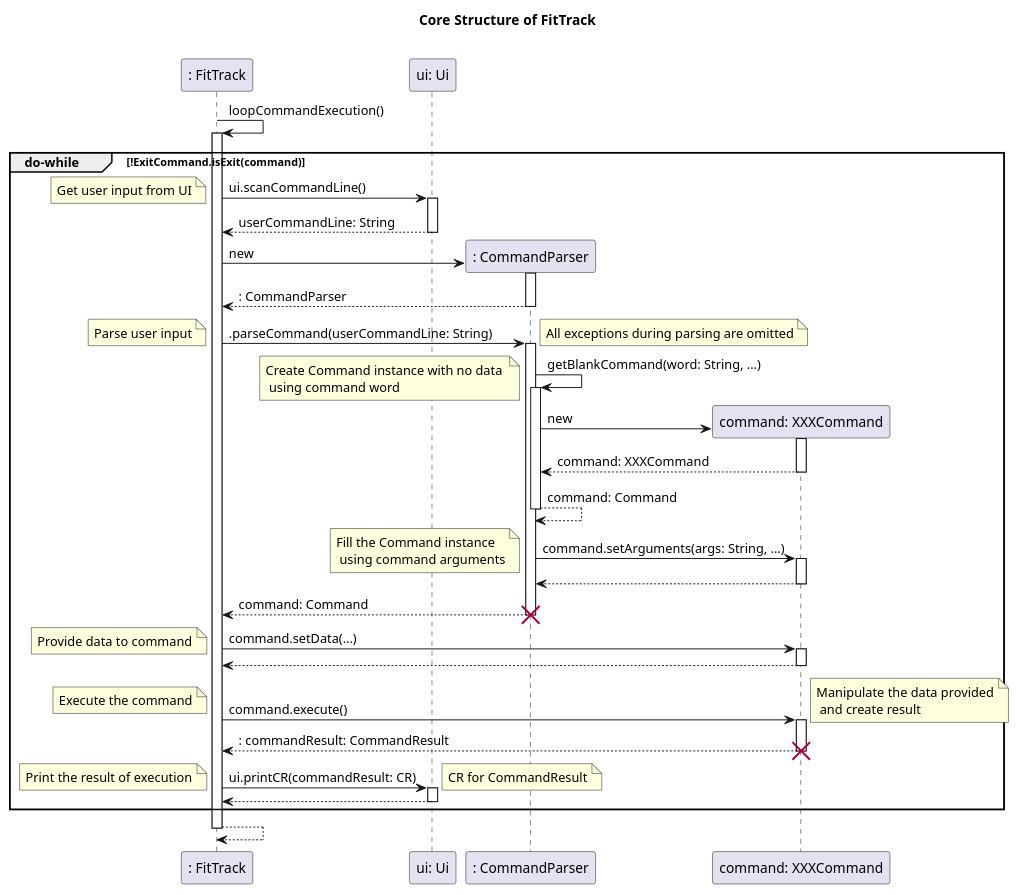
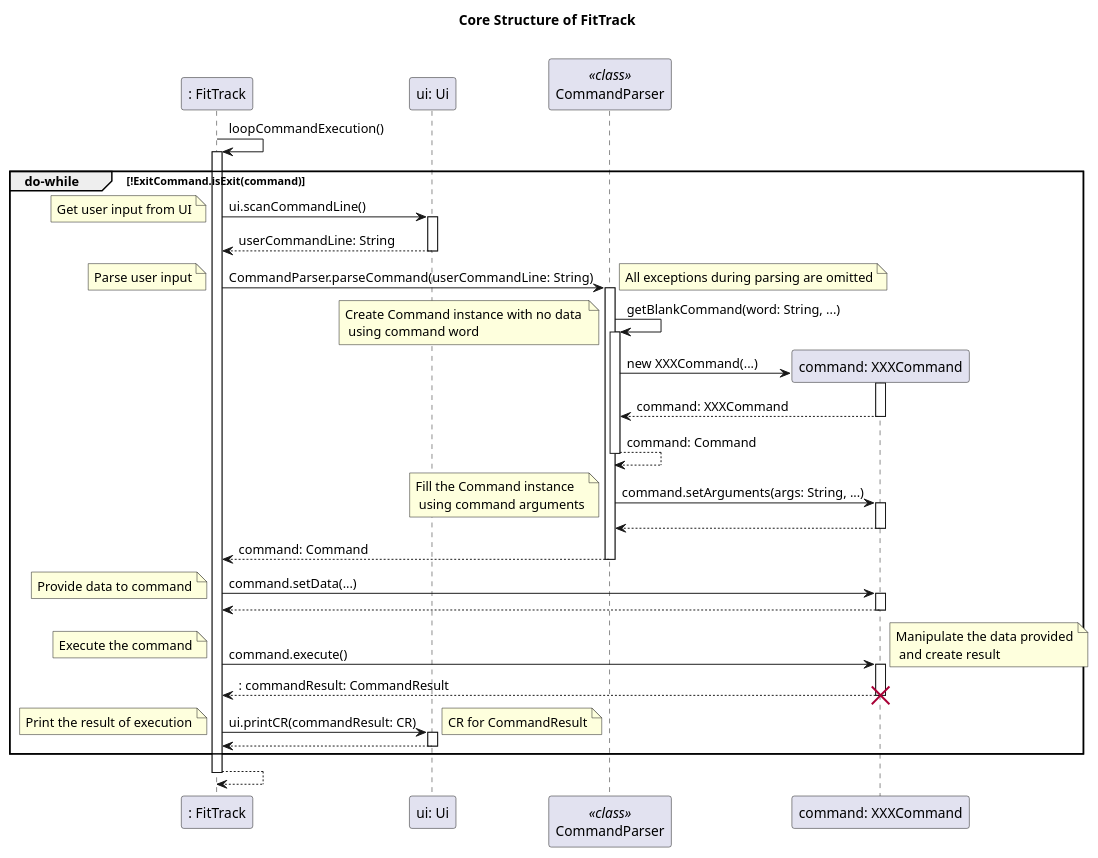
The diagram in docs/diagrams/FitTrackCore.puml (nus-cs2113-AY2324S1/tp), drawn with PlantUML before and after one commit. The commit also changed 5 other files, not shown here.

Commit message:
Fix diagrams

```diff
--- a/docs/diagrams/FitTrackCore.puml
+++ b/docs/diagrams/FitTrackCore.puml
@@ -1,60 +1,54 @@
 @startuml
 
 title Core Structure of FitTrack\n
 
 participant ": FitTrack" as main
 participant "ui: Ui" as ui
-participant ": CommandParser" as parser
+participant "<i><<class>></i>\nCommandParser" as parser
 participant "command: XXXCommand" as cmd
 
 
 main -> main ++: loopCommandExecution()
 
 group do-while [!ExitCommand.isExit(command)]
     main -> ui ++: ui.scanCommandLine()
     note left: Get user input from UI
     return userCommandLine: String
 
-    create parser
-    main -> parser ++: new
-    return : CommandParser
-
-
-    main -> parser ++: .parseCommand(userCommandLine: String)
+    main -> parser ++: CommandParser.parseCommand(userCommandLine: String)
     note left: Parse user input
     note right: All exceptions during parsing are omitted
 
     parser -> parser ++: getBlankCommand(word: String, ...)
     note left: Create Command instance with no data \n using command word
     create cmd
-    parser -> cmd ++: new
+    parser -> cmd ++: new XXXCommand(...)
     return command: XXXCommand
     return command: Command
 
     parser -> cmd ++: command.setArguments(args: String, ...)
     note left: Fill the Command instance \n using command arguments
     return
 
     return command: Command
-    destroy parser
 
 
     main -> cmd ++: command.setData(...)
     note left: Provide data to command
     return
 
     main -> cmd ++: command.execute()
     note left: Execute the command
     note right: Manipulate the data provided\n and create result
     return: commandResult: CommandResult
     destroy cmd
 
     main -> ui ++: ui.printCR(commandResult: CR)
     note left: Print the result of execution
     note right: CR for CommandResult
     return
 end
 
 return
 
 @enduml
```
